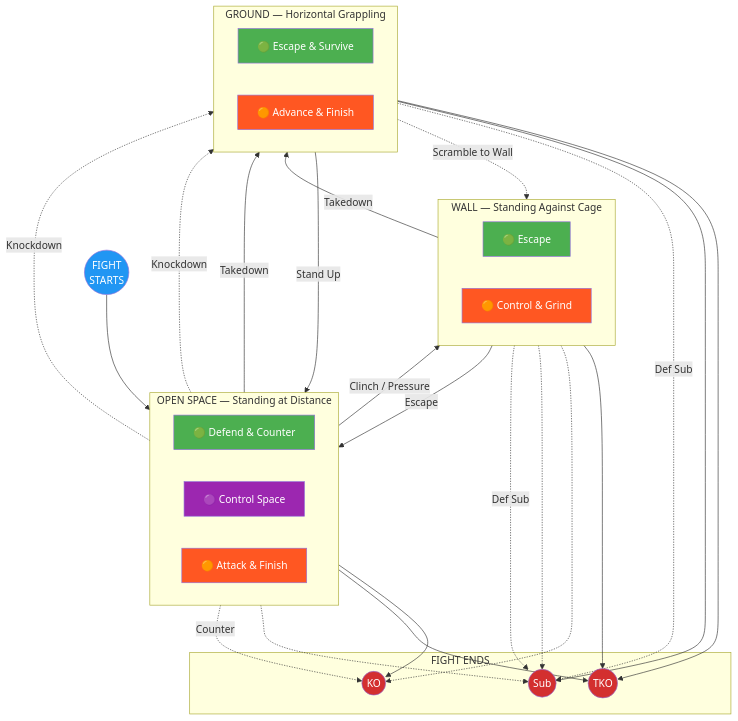
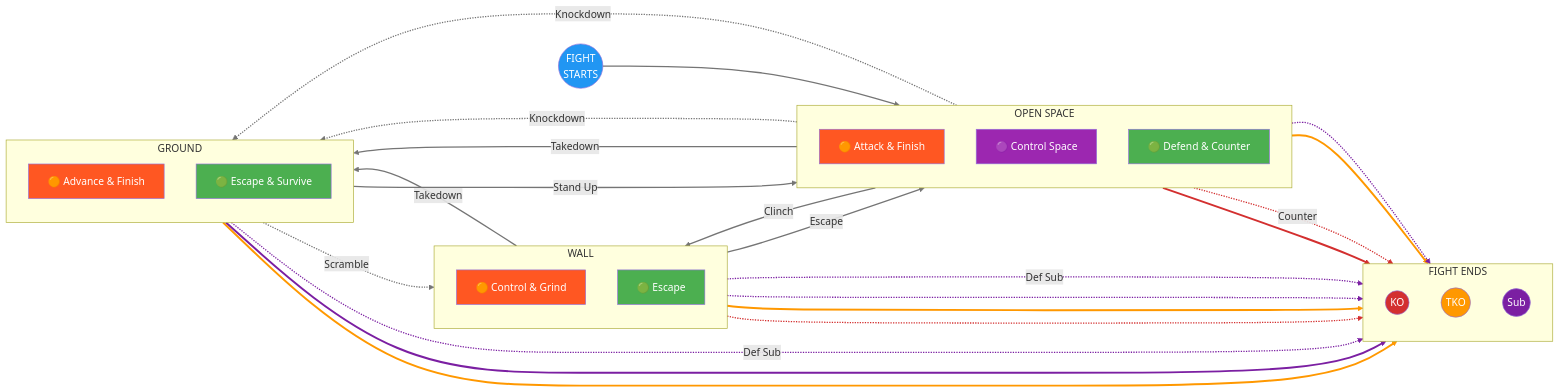
One commit to ACalienes/Ecological-MMA-Game-System changed the diagram in docs/index.md. Above: the diagram before and after it, drawn with Mermaid. The commit also changed other lines of this file, not shown here.

Commit message:
Improve home page diagram visualization
- Change layout from top-bottom to left-right flow
- Color-code arrows by finish type:
  - Gray for position transitions
  - Red for KO paths
  - Orange for TKO paths
  - Purple for Submission paths
- Match finish node colors to their path colors
- Simplify subgraph labels
- Update legend to explain new color coding

````diff
--- a/docs/index.md
+++ b/docs/index.md
@@ -69,58 +69,61 @@
 ```mermaid
-flowchart TB
+flowchart LR
     START((FIGHT<br>STARTS)) --> OPEN
 
-    subgraph OPEN["OPEN SPACE — Standing at Distance"]
-        direction LR
+    subgraph OPEN["OPEN SPACE"]
+        direction TB
+        O_ATK["🟠 Attack & Finish"]
+        O_CTL["🟣 Control Space"]
         O_DEF["🟢 Defend & Counter"]
-        O_CTL["🟣 Control Space"]
-        O_ATK["🟠 Attack & Finish"]
     end
 
-    subgraph WALL["WALL — Standing Against Cage"]
-        direction LR
+    subgraph WALL["WALL"]
+        direction TB
+        W_ATK["🟠 Control & Grind"]
         W_DEF["🟢 Escape"]
-        W_ATK["🟠 Control & Grind"]
     end
 
-    subgraph GROUND["GROUND — Horizontal Grappling"]
-        direction LR
+    subgraph GROUND["GROUND"]
+        direction TB
+        G_ATK["🟠 Advance & Finish"]
         G_DEF["🟢 Escape & Survive"]
-        G_ATK["🟠 Advance & Finish"]
     end
 
     subgraph FINISH["FIGHT ENDS"]
+        direction TB
         KO((KO))
         TKO((TKO))
         SUB((Sub))
     end
 
-    %% Transitions between positions
-    OPEN -->|"Clinch / Pressure"| WALL
+    %% Position transitions (gray)
+    OPEN -->|"Clinch"| WALL
     OPEN -->|"Takedown"| GROUND
     WALL -->|"Escape"| OPEN
     WALL -->|"Takedown"| GROUND
     GROUND -->|"Stand Up"| OPEN
-    GROUND -.->|"Scramble to Wall"| WALL
-
-    %% Knockdown paths (striking leads to ground)
+    GROUND -.->|"Scramble"| WALL
     O_ATK -.->|"Knockdown"| GROUND
     O_DEF -.->|"Knockdown"| GROUND
 
-    %% Paths to finish
+    %% KO paths (red)
     O_ATK --> KO
+    O_DEF -.->|"Counter"| KO
+    W_ATK -.-> KO
+
+    %% TKO paths (orange)
     O_ATK --> TKO
+    W_ATK --> TKO
+    G_ATK --> TKO
+
+    %% SUB paths (purple)
     O_ATK -.-> SUB
-    W_ATK --> TKO
-    W_ATK -.-> KO
     W_ATK -.-> SUB
-    G_ATK --> TKO
     G_ATK --> SUB
-    O_DEF -.->|"Counter"| KO
+    W_DEF -.->|"Def Sub"| SUB
     G_DEF -.->|"Def Sub"| SUB
-    W_DEF -.->|"Def Sub"| SUB
 
-    %% Styling
+    %% Node styling
     style START fill:#2196F3,color:#fff
     style O_DEF fill:#4CAF50,color:#fff
     style O_CTL fill:#9C27B0,color:#fff
@@ -130,8 +133,34 @@
     style G_DEF fill:#4CAF50,color:#fff
     style G_ATK fill:#FF5722,color:#fff
     style KO fill:#D32F2F,color:#fff
-    style TKO fill:#D32F2F,color:#fff
-    style SUB fill:#D32F2F,color:#fff
+    style TKO fill:#FF9800,color:#fff
+    style SUB fill:#7B1FA2,color:#fff
+
+    %% Link styling by type
+    %% Links 0-7: Position transitions (gray)
+    linkStyle 0 stroke:#757575,stroke-width:2px
+    linkStyle 1 stroke:#757575,stroke-width:2px
+    linkStyle 2 stroke:#757575,stroke-width:2px
+    linkStyle 3 stroke:#757575,stroke-width:2px
+    linkStyle 4 stroke:#757575,stroke-width:2px
+    linkStyle 5 stroke:#757575,stroke-width:2px
+    linkStyle 6 stroke:#757575,stroke-width:2px
+    linkStyle 7 stroke:#757575,stroke-width:2px
+    linkStyle 8 stroke:#757575,stroke-width:2px
+    %% Links 9-11: KO paths (red)
+    linkStyle 9 stroke:#D32F2F,stroke-width:3px
+    linkStyle 10 stroke:#D32F2F,stroke-width:2px
+    linkStyle 11 stroke:#D32F2F,stroke-width:2px
+    %% Links 12-14: TKO paths (orange)
+    linkStyle 12 stroke:#FF9800,stroke-width:3px
+    linkStyle 13 stroke:#FF9800,stroke-width:3px
+    linkStyle 14 stroke:#FF9800,stroke-width:3px
+    %% Links 15-19: SUB paths (purple)
+    linkStyle 15 stroke:#7B1FA2,stroke-width:2px
+    linkStyle 16 stroke:#7B1FA2,stroke-width:2px
+    linkStyle 17 stroke:#7B1FA2,stroke-width:3px
+    linkStyle 18 stroke:#7B1FA2,stroke-width:2px
+    linkStyle 19 stroke:#7B1FA2,stroke-width:2px
 
     click O_DEF "#open-space-defensive"
     click O_CTL "#open-space-control"
````
